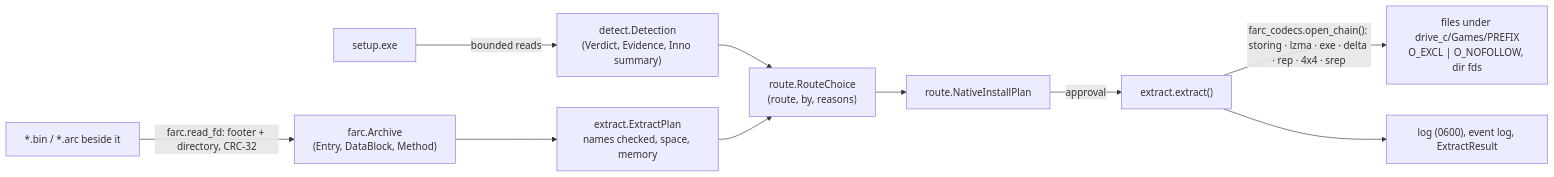
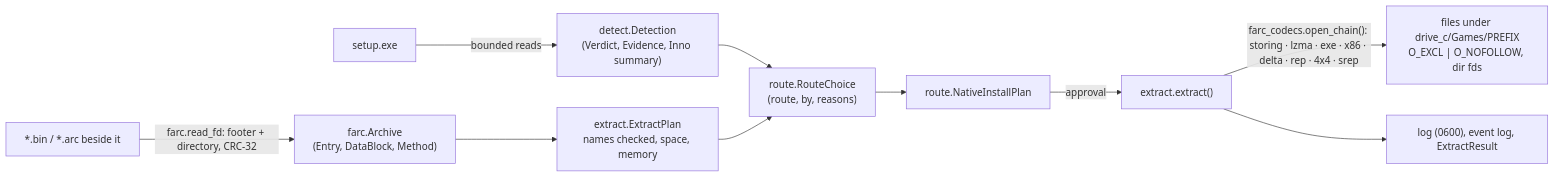
One commit to undecuple/gitfurl changed the fifth of 6 diagrams in docs/code-map.md. Above: the diagram before and after it, drawn with Mermaid. The commit also changed other lines of this file and 14 other files, not shown here.

````diff
--- a/docs/code-map.md
+++ b/docs/code-map.md
@@ -153,12 +153,12 @@
 ```mermaid
 flowchart LR
   I["setup.exe"] -->|bounded reads| D["detect.Detection<br/>(Verdict, Evidence, Inno summary)"]
   A["*.bin / *.arc beside it"] -->|farc.read_fd: footer + directory, CRC-32| FA["farc.Archive<br/>(Entry, DataBlock, Method)"]
   FA --> EP["extract.ExtractPlan<br/>names checked, space, memory"]
   D --> RC["route.RouteChoice<br/>(route, by, reasons)"]
   EP --> RC
   RC --> NP["route.NativeInstallPlan"]
   NP -->|approval| X["extract.extract()"]
-  X -->|"farc_codecs.open_chain(): storing · lzma · exe · delta · rep · 4x4 · srep"| F["files under drive_c/Games/PREFIX<br/>O_EXCL | O_NOFOLLOW, dir fds"]
+  X -->|"farc_codecs.open_chain(): storing · lzma · exe · x86 · delta · rep · 4x4 · srep"| F["files under drive_c/Games/PREFIX<br/>O_EXCL | O_NOFOLLOW, dir fds"]
   X --> L["log (0600), event log, ExtractResult"]
 ```
````
